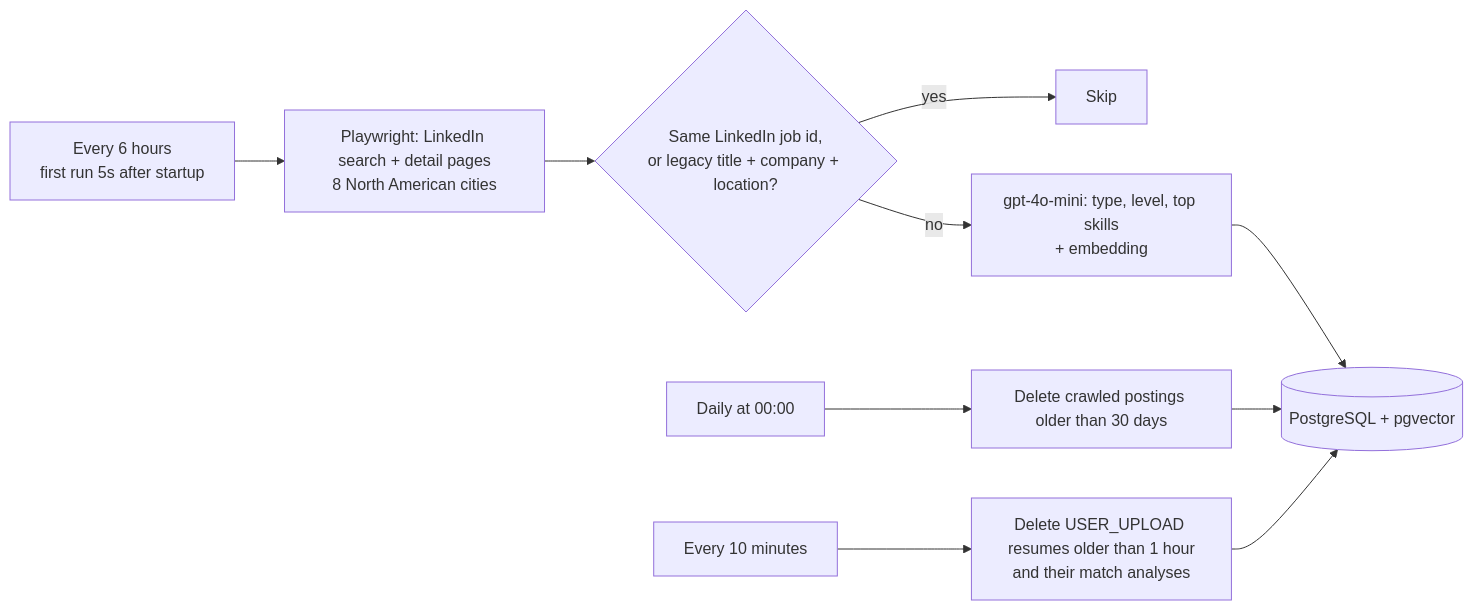
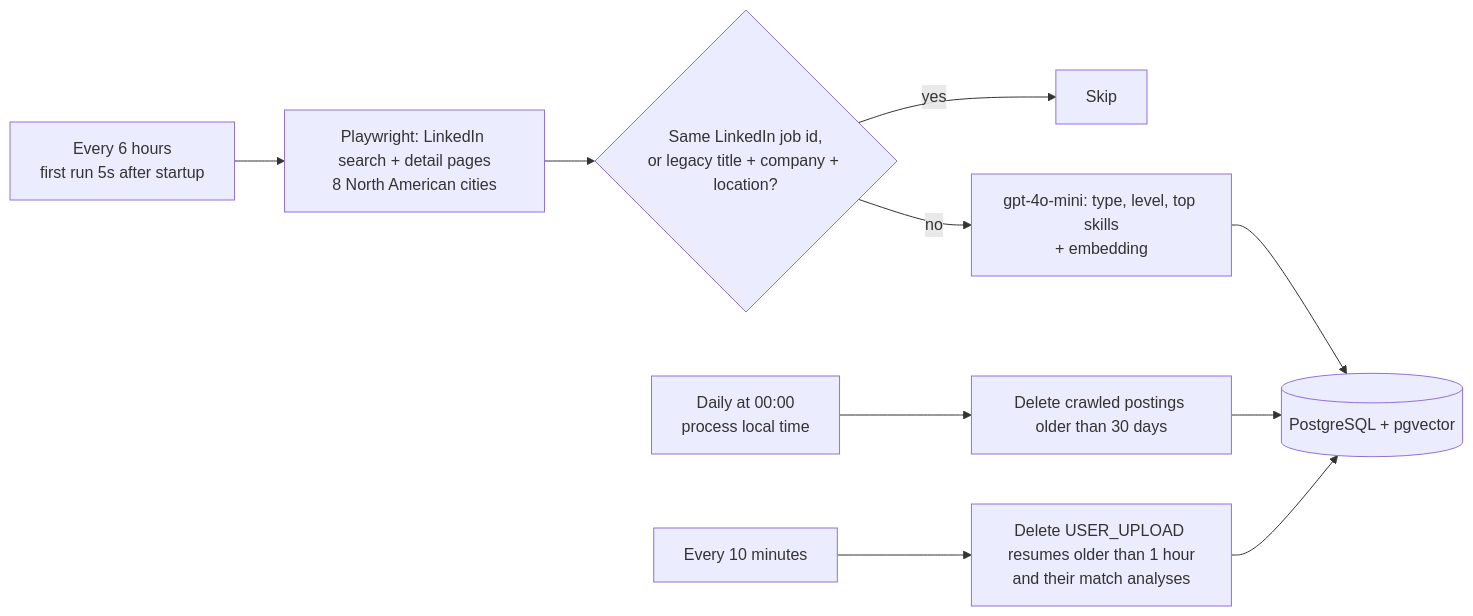
One commit to junyoungKi/Portfolio-Job-matching-Web changed the second of 2 diagrams in README.md. Above: the diagram before and after it, drawn with Mermaid. The commit also changed other lines of this file, not shown here.

````diff
--- a/README.md
+++ b/README.md
@@ -60,12 +45,12 @@
 ```mermaid
 flowchart LR
     S1[Every 6 hours<br/>first run 5s after startup] --> C[Playwright: LinkedIn search + detail pages<br/>8 North American cities]
     C --> D{Same LinkedIn job id,<br/>or legacy title + company + location?}
     D -->|yes| X[Skip]
     D -->|no| T[gpt-4o-mini: type, level, top skills<br/>+ embedding]
     T --> DB[(PostgreSQL + pgvector)]
-    S2[Daily at 00:00] --> CL[Delete crawled postings older than 30 days]
+    S2[Daily at 00:00<br/>process local time] --> CL[Delete crawled postings older than 30 days]
     S3[Every 10 minutes] --> RL[Delete USER_UPLOAD resumes older than 1 hour<br/>and their match analyses]
     CL --> DB
     RL --> DB
 ```
````
